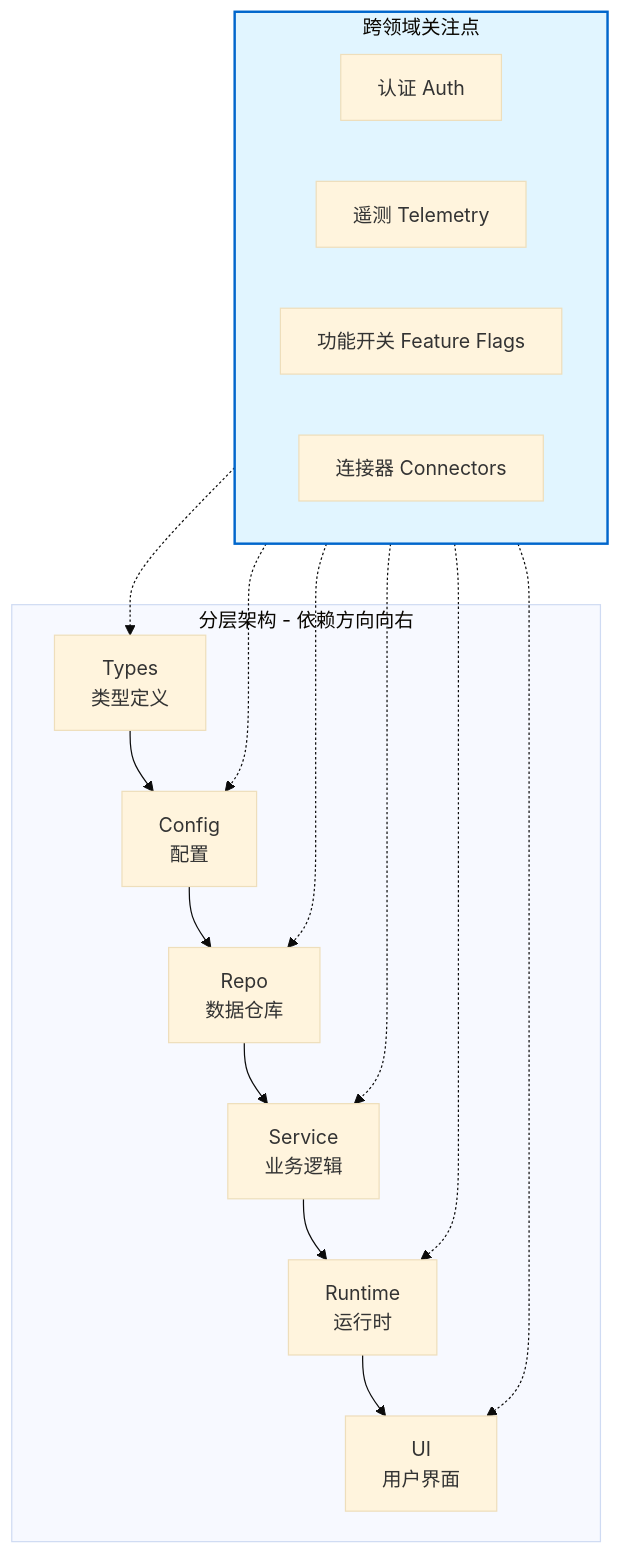
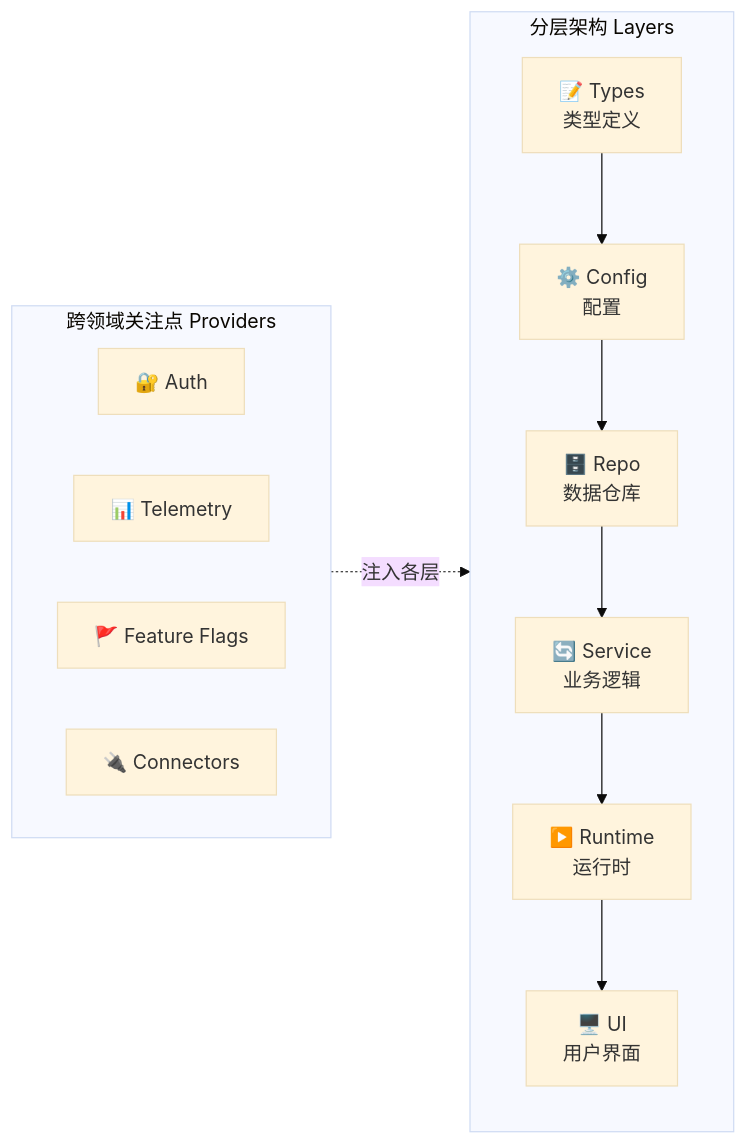
One commit to Gao-Jinlong/ginlon-site changed the diagram in src/content/blogs/zh/Harness-Engineering/index.mdx. Above: the diagram before and after it, drawn with Mermaid (base theme). The commit also changed 11 other files, not shown here.

````diff
--- a/src/content/blogs/zh/Harness-Engineering/index.mdx
+++ b/src/content/blogs/zh/Harness-Engineering/index.mdx
@@ -68,33 +68,28 @@
 ```mermaid
-graph TB
-    subgraph Layers[分层架构 - 依赖方向向右]
-        Types[Types<br/>类型定义]
-        Config[Config<br/>配置]
-        Repo[Repo<br/>数据仓库]
-        Service[Service<br/>业务逻辑]
-        Runtime[Runtime<br/>运行时]
-        UI[UI<br/>用户界面]
+flowchart LR
+    %% 分层架构 - 主流程自上而下
+    subgraph Layers["分层架构 Layers"]
+        direction TB
+        Types["📝 Types<br/>类型定义"]
+        Config["⚙️ Config<br/>配置"]
+        Repo["🗄️ Repo<br/>数据仓库"]
+        Service["🔄 Service<br/>业务逻辑"]
+        Runtime["▶️ Runtime<br/>运行时"]
+        UI["🖥️ UI<br/>用户界面"]
     end
-    
-    subgraph Providers[跨领域关注点]
-        Auth[认证 Auth]
-        Telemetry[遥测 Telemetry]
-        Flags[功能开关 Feature Flags]
-        Connectors[连接器 Connectors]
+
+    %% 跨领域关注点 - 右侧横向排列
+    subgraph Providers["跨领域关注点 Providers"]
+        direction LR
+        Auth["🔐 Auth"]
+        Tel["📊 Telemetry"]
+        Flags["🚩 Feature Flags"]
+        Conn["🔌 Connectors"]
     end
-    
-    Types --> Config
-    Config --> Repo
-    Repo --> Service
-    Service --> Runtime
-    Runtime --> UI
-    
-    Providers -.-> Types
-    Providers -.-> Config
-    Providers -.-> Repo
-    Providers -.-> Service
-    Providers -.-> Runtime
-    Providers -.-> UI
-    
-    style Providers fill:#e1f5ff,stroke:#0066cc,stroke-width:2px
+
+    %% 核心依赖链 - 自上而下
+    Types --> Config --> Repo --> Service --> Runtime --> UI
+
+    %% 跨领域注入各层
+    Providers -.->|注入各层| Layers
 ```
````
